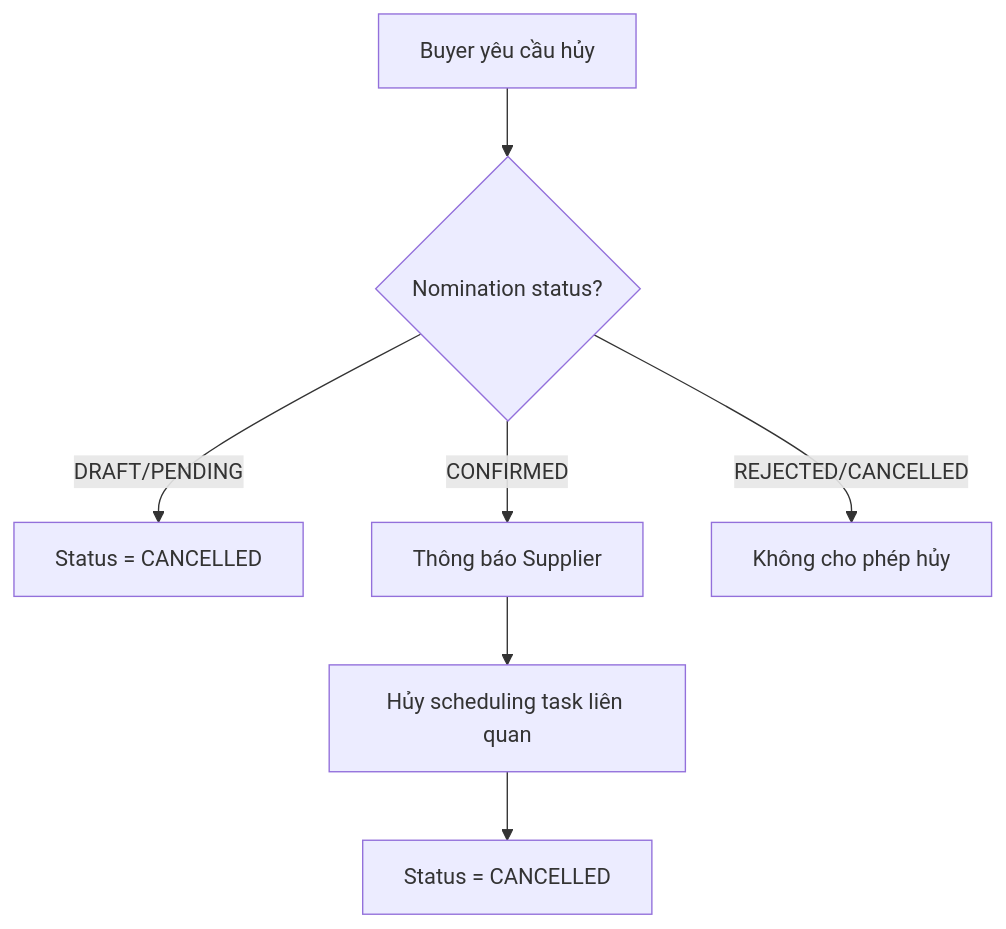
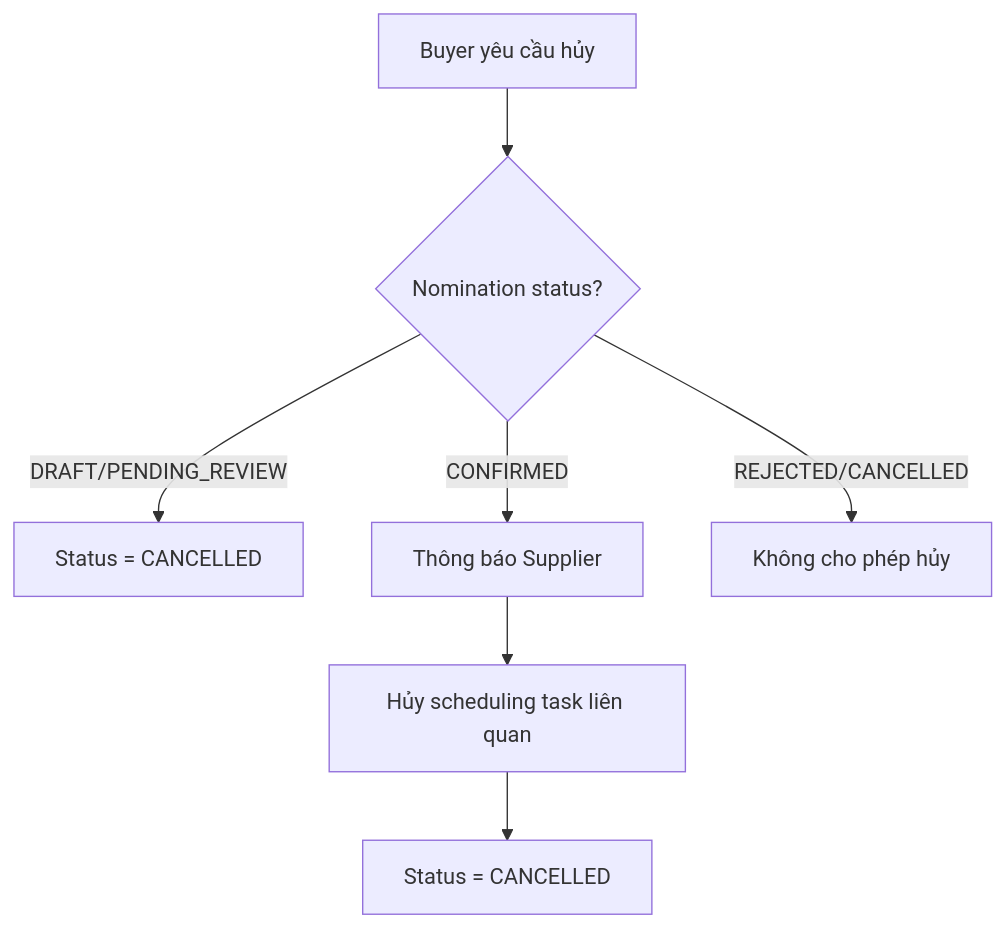
Before and after one commit to TDFS-Dom/Maritime-Shipping-Industry: the second of 3 diagrams in plans/digital-bunkering-platform-260527-1430/03_modules/nomination/frd.md, drawn with Mermaid. The commit also changed other lines of this file and 11 other files, not shown here.

````diff
--- a/plans/digital-bunkering-platform-260527-1430/03_modules/nomination/frd.md
+++ b/plans/digital-bunkering-platform-260527-1430/03_modules/nomination/frd.md
@@ -56,9 +56,9 @@
 ```mermaid
 flowchart TD
     A[Buyer yêu cầu hủy] --> B{Nomination status?}
-    B -->|DRAFT/PENDING| C[Status = CANCELLED]
+    B -->|DRAFT/PENDING_REVIEW| C[Status = CANCELLED]
     B -->|CONFIRMED| D[Thông báo Supplier]
     D --> E[Hủy scheduling task liên quan]
     E --> F[Status = CANCELLED]
     B -->|REJECTED/CANCELLED| G[Không cho phép hủy]
 ```
````
